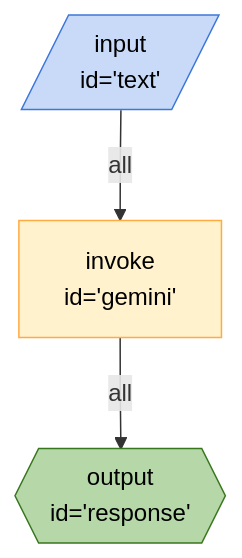
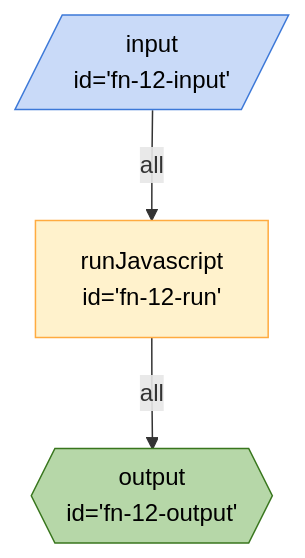
The diagram in packages/breadboard-web/docs/graphs/simplest.md (breadboard-ai/breadboard), drawn with Mermaid before and after one commit. The commit also changed 43 other files, not shown here.

````diff
--- a/packages/breadboard-web/docs/graphs/simplest.md
+++ b/packages/breadboard-web/docs/graphs/simplest.md
@@ -3,14 +3,14 @@
 ```mermaid
 %%{init: 'themeVariables': { 'fontFamily': 'Fira Code, monospace' }}%%
 graph TD;
-gemini["invoke <br> id='gemini'"] -- all --> response{{"output <br> id='response'"}}:::output
-text[/"input <br> id='text'"/]:::input -- all --> gemini["invoke <br> id='gemini'"]
+fn12input[/"input <br> id='fn-12-input'"/]:::input -- all --> fn12run["runJavascript <br> id='fn-12-run'"]
+fn12run["runJavascript <br> id='fn-12-run'"] -- all --> fn12output{{"output <br> id='fn-12-output'"}}:::output
 classDef default stroke:#ffab40,fill:#fff2ccff,color:#000
 classDef input stroke:#3c78d8,fill:#c9daf8ff,color:#000
 classDef output stroke:#38761d,fill:#b6d7a8ff,color:#000
 classDef passthrough stroke:#a64d79,fill:#ead1dcff,color:#000
 classDef slot stroke:#a64d79,fill:#ead1dcff,color:#000
 classDef config stroke:#a64d79,fill:#ead1dcff,color:#000
 classDef secrets stroke:#db4437,fill:#f4cccc,color:#000
 classDef slotted stroke:#a64d79
 ```
````
